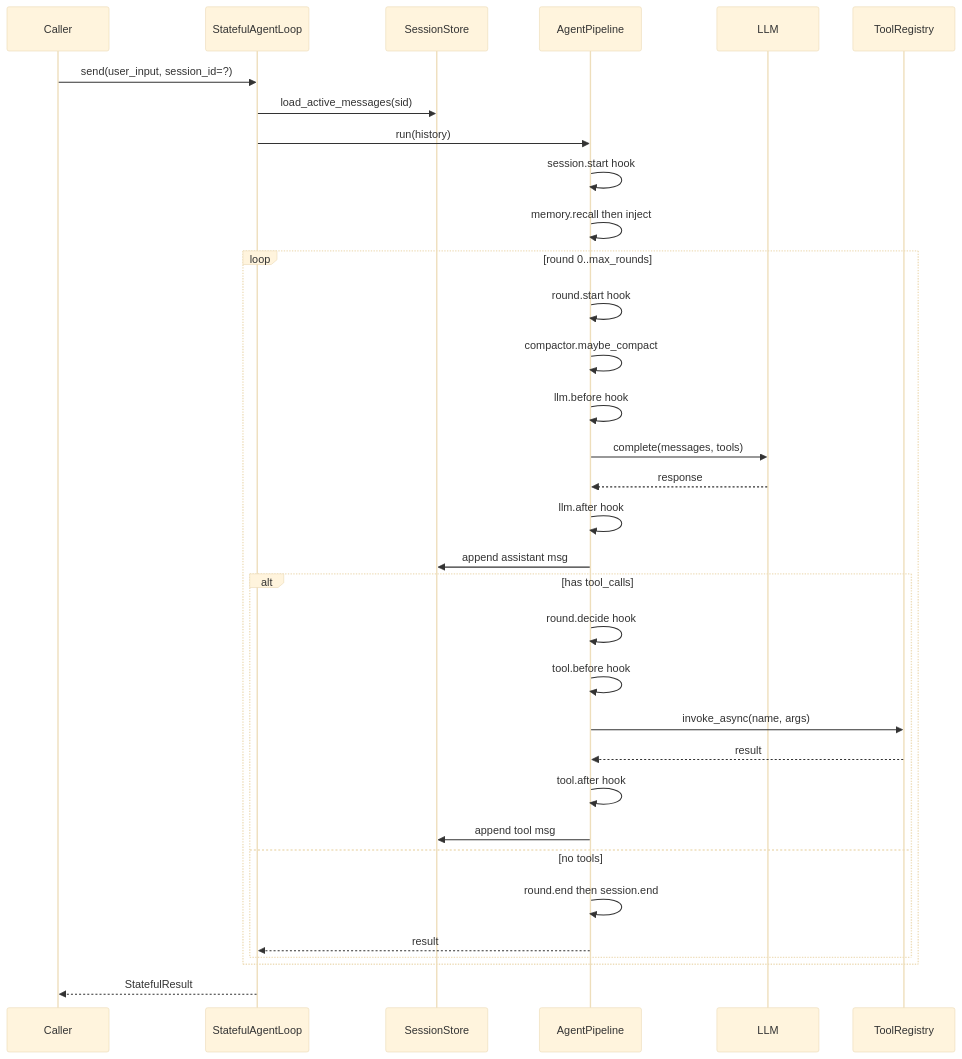
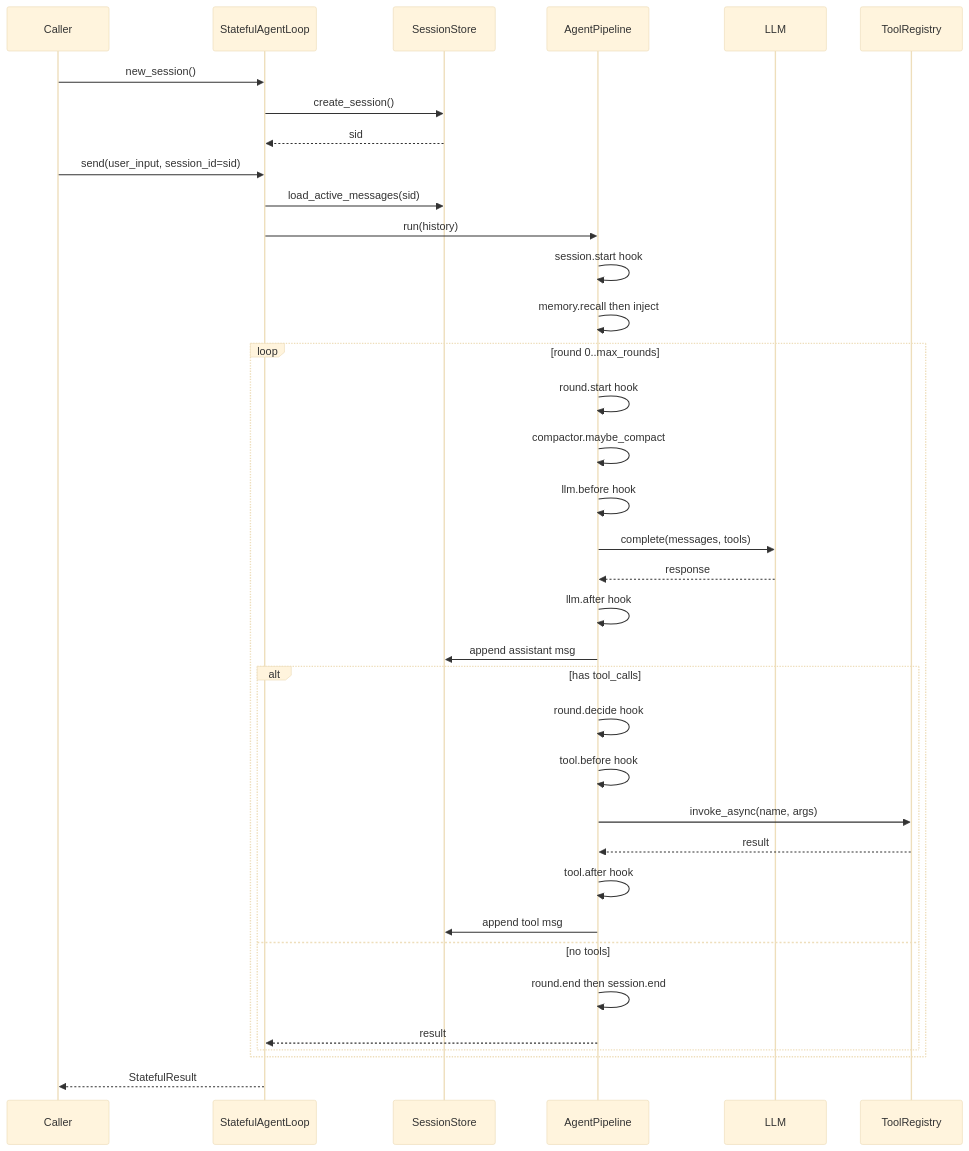
One commit to PL-play/power-loop changed the second of 12 diagrams in docs/en/architecture.md. Above: the diagram before and after it, drawn with Mermaid (base theme). The commit also changed 58 other files, not shown here.

````diff
--- a/docs/en/architecture.md
+++ b/docs/en/architecture.md
@@ -58,36 +58,39 @@
 ```mermaid
 sequenceDiagram
     participant Caller
     participant SAL as StatefulAgentLoop
     participant Store as SessionStore
     participant Pipeline as AgentPipeline
     participant LLM
     participant Tool as ToolRegistry
 
-    Caller->>SAL: send(user_input, session_id=?)
+    Caller->>SAL: new_session()
+    SAL->>Store: create_session()
+    Store-->>SAL: sid
+    Caller->>SAL: send(user_input, session_id=sid)
     SAL->>Store: load_active_messages(sid)
     SAL->>Pipeline: run(history)
     Pipeline->>Pipeline: session.start hook
     Pipeline->>Pipeline: memory.recall then inject
     loop round 0..max_rounds
         Pipeline->>Pipeline: round.start hook
         Pipeline->>Pipeline: compactor.maybe_compact
         Pipeline->>Pipeline: llm.before hook
         Pipeline->>LLM: complete(messages, tools)
         LLM-->>Pipeline: response
         Pipeline->>Pipeline: llm.after hook
         Pipeline->>Store: append assistant msg
         alt has tool_calls
             Pipeline->>Pipeline: round.decide hook
             Pipeline->>Pipeline: tool.before hook
             Pipeline->>Tool: invoke_async(name, args)
             Tool-->>Pipeline: result
             Pipeline->>Pipeline: tool.after hook
             Pipeline->>Store: append tool msg
         else no tools
             Pipeline->>Pipeline: round.end then session.end
             Pipeline-->>SAL: result
         end
     end
     SAL-->>Caller: StatefulResult
 ```
````
